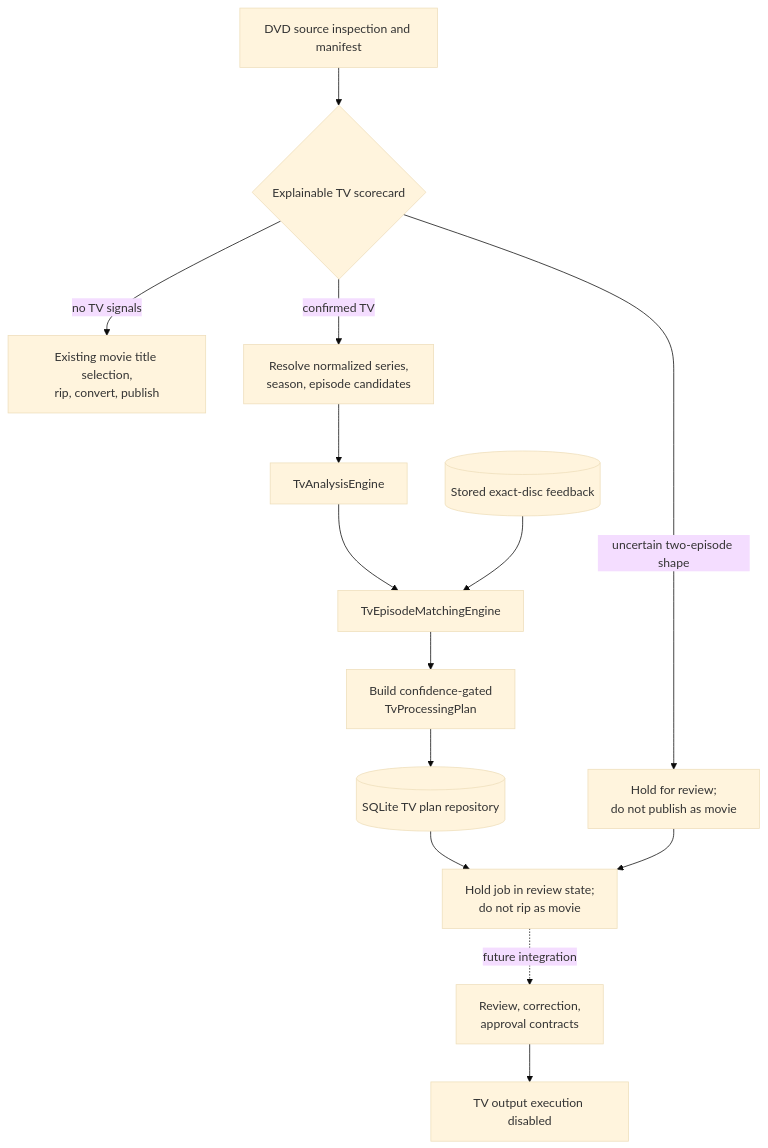
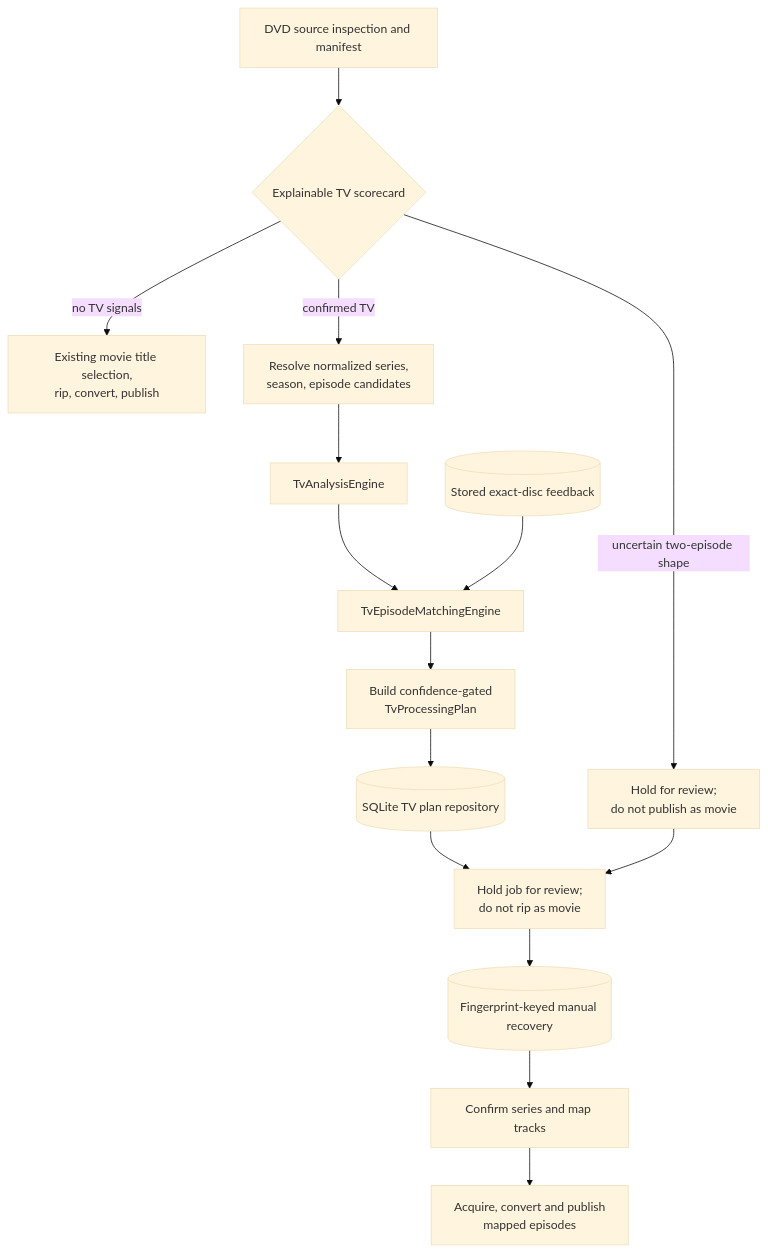
One commit to nick709r/DVDTOJELLYFIN changed the diagram in docs/TV-WORKFLOW-INTEGRATION.md. Above: the diagram before and after it, drawn with Mermaid (base theme). The commit also changed other lines of this file and 44 other files, not shown here.

````diff
--- a/docs/TV-WORKFLOW-INTEGRATION.md
+++ b/docs/TV-WORKFLOW-INTEGRATION.md
@@ -45,30 +51,32 @@
 ```mermaid
 flowchart TD
   Disc[DVD source inspection and manifest]
   Prefilter{Explainable TV scorecard}
   Movie[Existing movie title selection,<br/>rip, convert, publish]
   Uncertain[Hold for review;<br/>do not publish as movie]
   TvMetadata[Resolve normalized series,<br/>season, episode candidates]
   Analysis[TvAnalysisEngine]
   Feedback[(Stored exact-disc feedback)]
   Matcher[TvEpisodeMatchingEngine]
   Plan[Build confidence-gated<br/>TvProcessingPlan]
   Store[(SQLite TV plan repository)]
-  Hold[Hold job in review state;<br/>do not rip as movie]
-  FutureReview[Review, correction,<br/>approval contracts]
-  Output[TV output execution disabled]
+  Hold[Hold job for review;<br/>do not rip as movie]
+  Recovery[(Fingerprint-keyed manual recovery)]
+  Manual[Confirm series and map tracks]
+  Output[Acquire, convert and publish<br/>mapped episodes]
 
   Disc --> Prefilter
   Prefilter -- no TV signals --> Movie
   Prefilter -- uncertain two-episode shape --> Uncertain
   Prefilter -- confirmed TV --> TvMetadata
   TvMetadata --> Analysis
   Analysis --> Matcher
   Feedback --> Matcher
   Matcher --> Plan
   Plan --> Store
   Store --> Hold
   Uncertain --> Hold
-  Hold -. future integration .-> FutureReview
-  FutureReview --> Output
+  Hold --> Recovery
+  Recovery --> Manual
+  Manual --> Output
 ```
````
